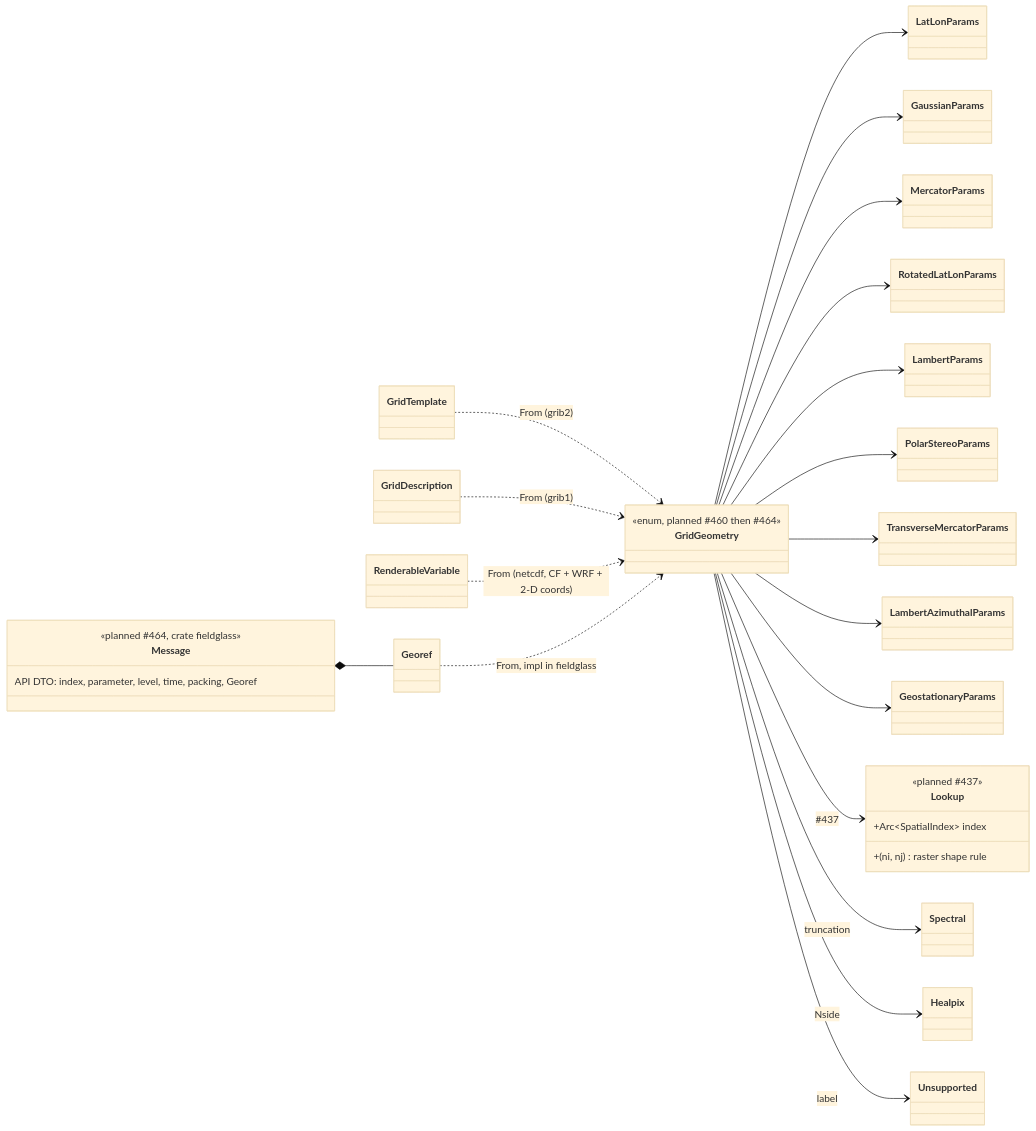
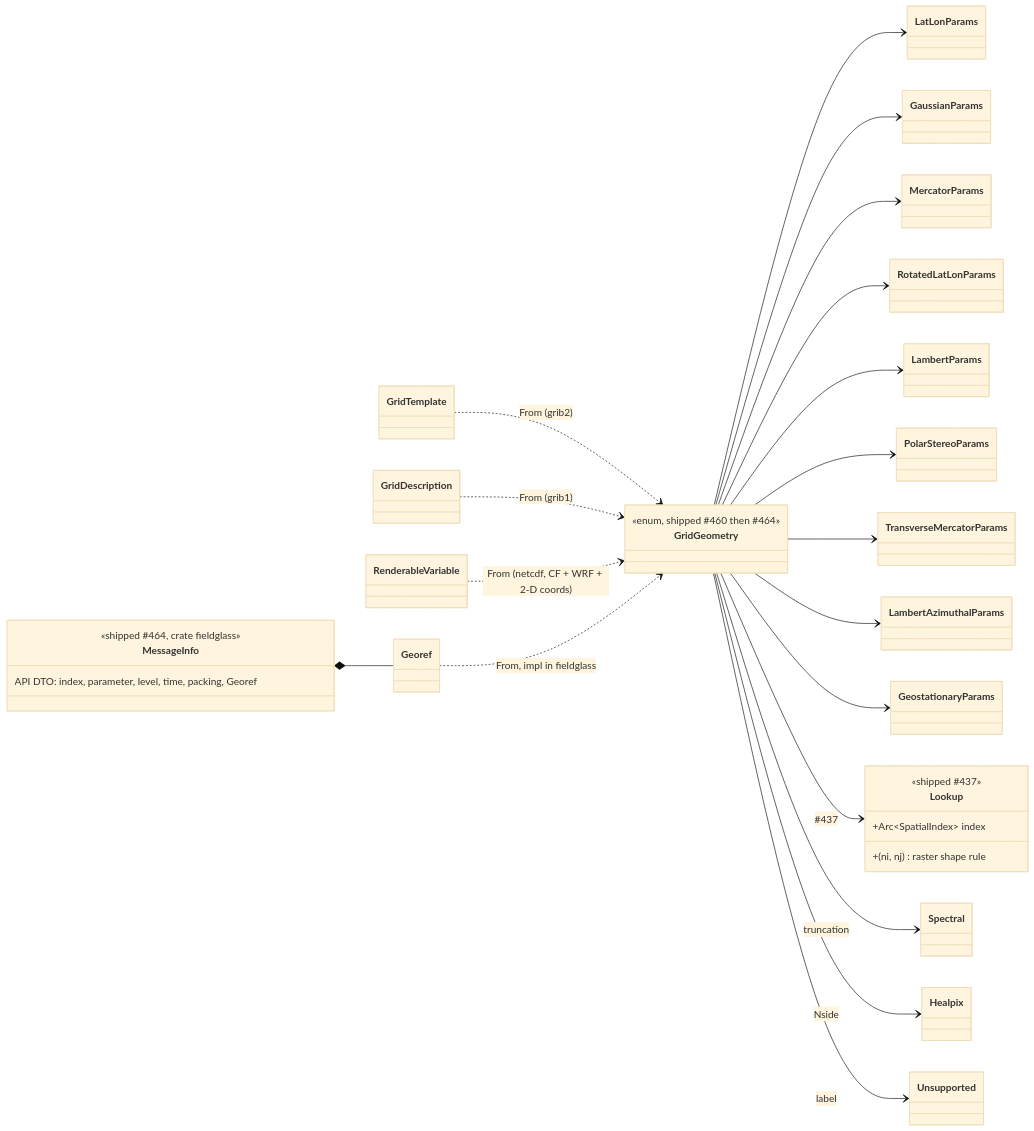
The second of 4 diagrams in docs/architecture/planned/03-composition.md (D0ubleD0uble/fieldglass), drawn with Mermaid (base theme) before and after one commit. The commit also changed other lines of this file and 28 other files, not shown here.

````diff
--- a/docs/architecture/planned/03-composition.md
+++ b/docs/architecture/planned/03-composition.md
@@ -31,36 +31,36 @@
 ```mermaid
 classDiagram
     direction LR
     class GridGeometry {
-        <<enum, planned #460 then #464>>
+        <<enum, shipped #460 then #464>>
     }
     GridGeometry --> LatLonParams
     GridGeometry --> GaussianParams
     GridGeometry --> MercatorParams
     GridGeometry --> RotatedLatLonParams
     GridGeometry --> LambertParams
     GridGeometry --> PolarStereoParams
     GridGeometry --> TransverseMercatorParams
     GridGeometry --> LambertAzimuthalParams
     GridGeometry --> GeostationaryParams
     GridGeometry --> Lookup : #437
     GridGeometry --> Spectral : truncation
     GridGeometry --> Healpix : Nside
     GridGeometry --> Unsupported : label
 
     class Lookup {
-        <<planned #437>>
+        <<shipped #437>>
         +Arc~SpatialIndex~ index
         +(ni, nj) raster shape rule
     }
 
-    class Message {
-        <<planned #464, crate fieldglass>>
+    class MessageInfo {
+        <<shipped #464, crate fieldglass>>
         API DTO: index, parameter, level, time, packing, Georef
     }
     GridTemplate ..> GridGeometry : From (grib2)
     GridDescription ..> GridGeometry : From (grib1)
     RenderableVariable ..> GridGeometry : From (netcdf, CF + WRF + 2-D coords)
     Georef ..> GridGeometry : From, impl in fieldglass
-    Message *-- Georef
+    MessageInfo *-- Georef
 ```
````
